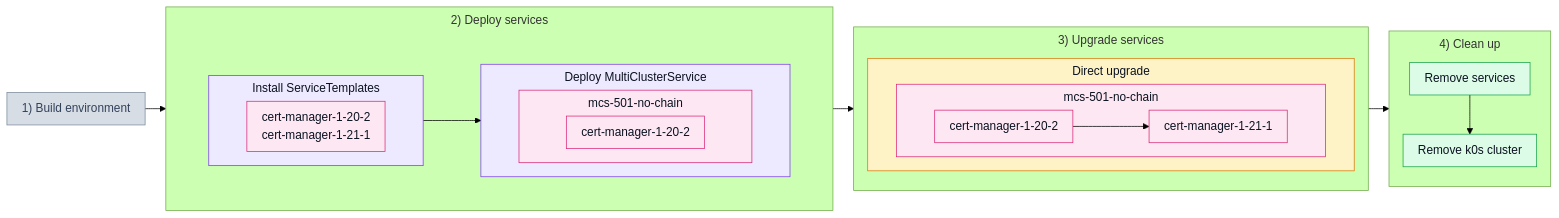
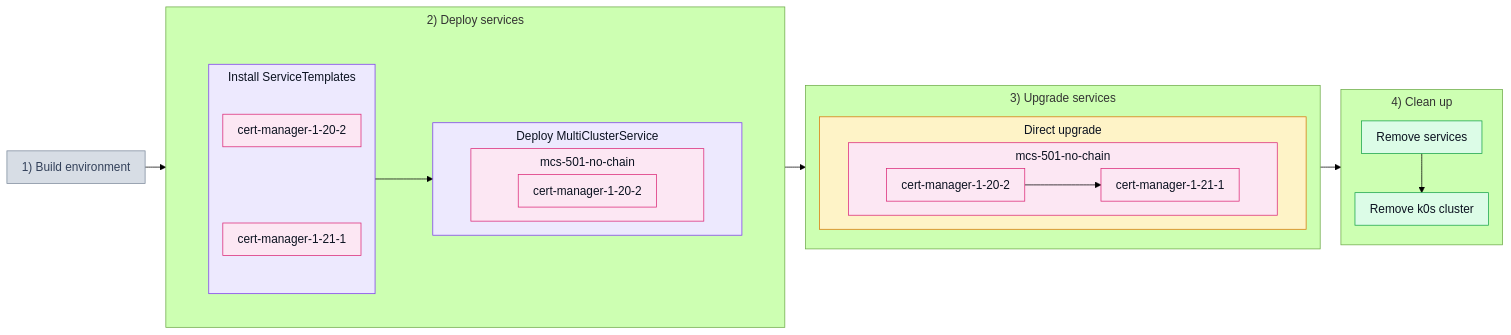
Before and after one commit to josef-hak/ksm-tests: the diagram in test_scenarios/501_no_chain.md, drawn with Mermaid (forest theme). The commit also changed 3 other files, not shown here.

Commit message:
docs: one box per ServiceTemplate, chain step in the overall schema

````diff
--- a/test_scenarios/501_no_chain.md
+++ b/test_scenarios/501_no_chain.md
@@ -15,51 +15,52 @@
 ```mermaid
 %%{init: {'flowchart': {'padding': 10, 'nodeSpacing': 18, 'rankSpacing': 28, 'subGraphTitleMargin': {'top': 6, 'bottom': 10}}}}%%
 flowchart LR
     P1["1) Build environment"]
 
     subgraph P2["2) Deploy services"]
         subgraph W2[" "]
             direction LR
             subgraph D1["Install ServiceTemplates"]
-                T1["cert-manager-1-20-2<br/>cert-manager-1-21-1"]
+                direction TB
+                T1["cert-manager-1-20-2"] ~~~ T2["cert-manager-1-21-1"]
             end
 
             subgraph D2["Deploy MultiClusterService"]
                 subgraph DM["mcs-501-no-chain"]
                     M1["cert-manager-1-20-2"]
                 end
             end
 
             D1 --> D2
         end
     end
 
     subgraph P3["3) Upgrade services"]
         subgraph U1["Direct upgrade"]
             subgraph UM["mcs-501-no-chain"]
                 direction LR
                 V1["cert-manager-1-20-2"] --> V2["cert-manager-1-21-1"]
             end
         end
     end
 
     subgraph P4["4) Clean up"]
         C1["Remove services"] --> C2["Remove k0s cluster"]
     end
 
     P1 --> P2 --> P3 --> P4
 
     classDef off fill:#d7dde5,stroke:#7c8a9c,color:#33415a
     classDef purple fill:#ede9fe,stroke:#7c3aed,color:#0b1220
     classDef pink fill:#fce7f3,stroke:#db2777,color:#0b1220
     classDef amber fill:#fef3c7,stroke:#d97706,color:#0b1220
     classDef green fill:#dcfce7,stroke:#16a34a,color:#0b1220
     classDef bare fill:none,stroke:none
 
     class P1 off
     class D1,D2 purple
-    class DM,T1,M1,UM,V1,V2 pink
+    class DM,T1,T2,M1,UM,V1,V2 pink
     class U1 amber
     class C1,C2 green
     class W2 bare
 ```
````
